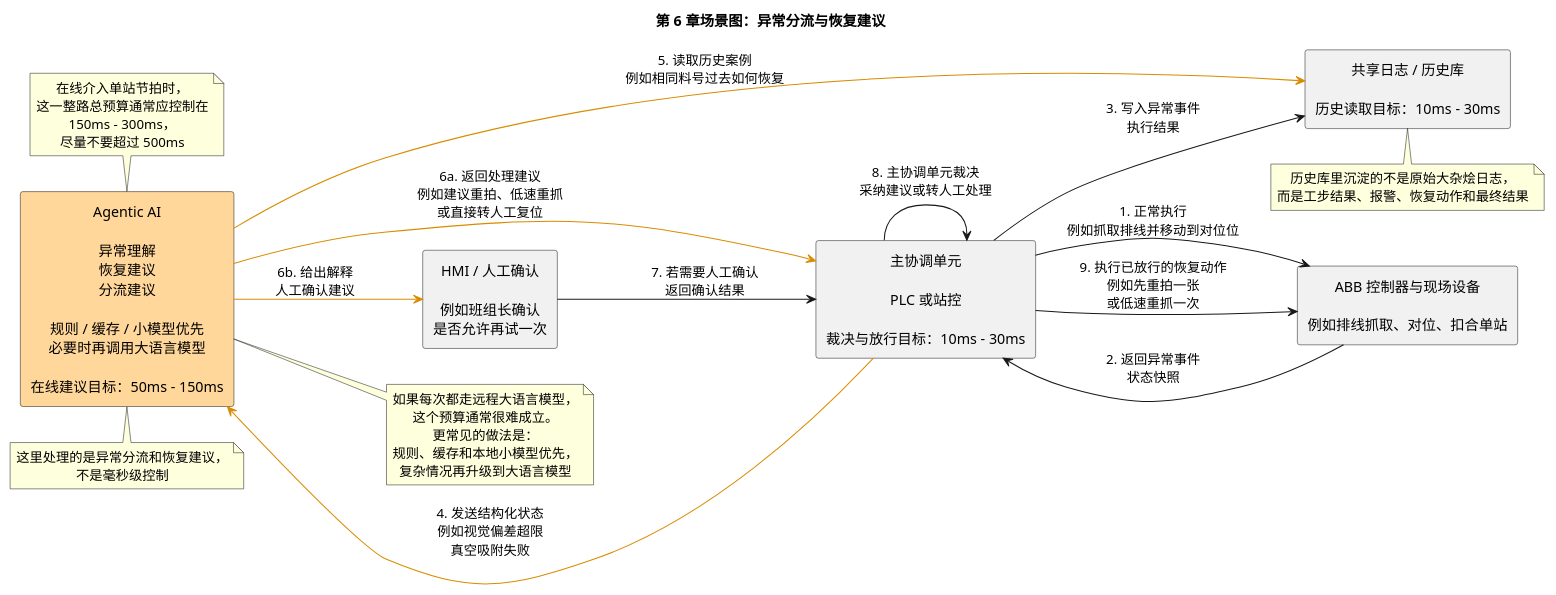
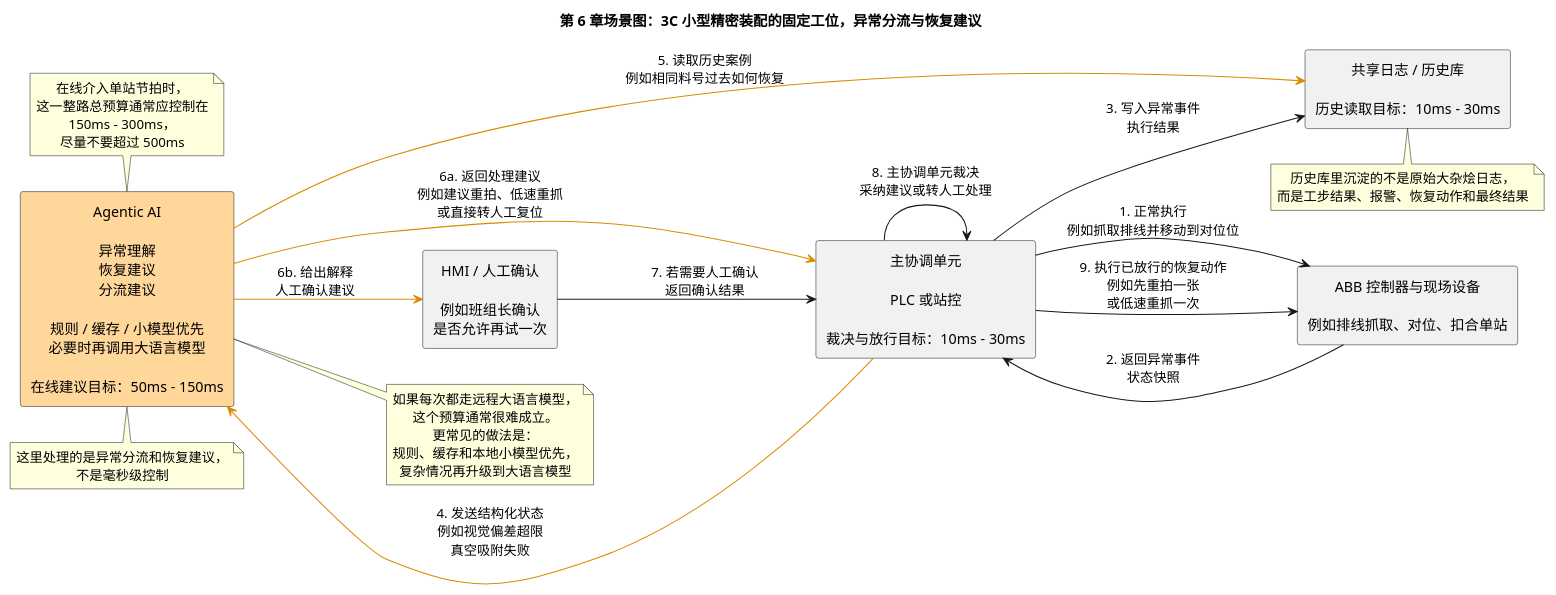
Before and after one commit to coolbeevip/coolbeevip.github.io: the diagram in content/posts/embodied-ai/abb-isaac-agent-flexible-manufacturing-ai-first/diagrams/abb-isaac-agent-flexible-manufacturing-ai-first-06-abnormal-routing.puml, drawn with PlantUML. The commit also changed 4 other files, not shown here.

```diff
--- a/content/posts/embodied-ai/abb-isaac-agent-flexible-manufacturing-ai-first/diagrams/abb-isaac-agent-flexible-manufacturing-ai-first-06-abnormal-routing.puml
+++ b/content/posts/embodied-ai/abb-isaac-agent-flexible-manufacturing-ai-first/diagrams/abb-isaac-agent-flexible-manufacturing-ai-first-06-abnormal-routing.puml
@@ -1,50 +1,50 @@
 @startuml
-title 第 6 章场景图：异常分流与恢复建议
+title 第 6 章场景图：3C 小型精密装配的固定工位，异常分流与恢复建议
 left to right direction
 skinparam shadowing false
 skinparam packageStyle rectangle
 skinparam defaultTextAlignment center
 skinparam wrapWidth 220
 
 rectangle "主协调单元\n\nPLC 或站控\n\n裁决与放行目标：10ms - 30ms" as LOOP
 rectangle "共享日志 / 历史库\n\n历史读取目标：10ms - 30ms" as LOG
 rectangle "Agentic AI\n\n异常理解\n恢复建议\n分流建议\n\n规则 / 缓存 / 小模型优先\n必要时再调用大语言模型\n\n在线建议目标：50ms - 150ms" as APP #FFD79A
 rectangle "HMI / 人工确认\n\n例如班组长确认\n是否允许再试一次" as HMI
 rectangle "ABB 控制器与现场设备\n\n例如排线抓取、对位、扣合单站" as EXEC
 
 LOOP --> EXEC : 1. 正常执行\n例如抓取排线并移动到对位位
 EXEC --> LOOP : 2. 返回异常事件\n状态快照
 LOOP --> LOG : 3. 写入异常事件\n执行结果
 LOOP -[#D98C00]-> APP : 4. 发送结构化状态\n例如视觉偏差超限\n真空吸附失败
 APP -[#D98C00]-> LOG : 5. 读取历史案例\n例如相同料号过去如何恢复
 APP -[#D98C00]-> LOOP : 6a. 返回处理建议\n例如建议重拍、低速重抓\n或直接转人工复位
 APP -[#D98C00]-> HMI : 6b. 给出解释\n人工确认建议
 HMI --> LOOP : 7. 若需要人工确认\n返回确认结果
 LOOP --> LOOP : 8. 主协调单元裁决\n采纳建议或转人工处理
 LOOP --> EXEC : 9. 执行已放行的恢复动作\n例如先重拍一张\n或低速重抓一次
 
 note bottom of APP
 这里处理的是异常分流和恢复建议，
 不是毫秒级控制
 end note
 
 note top of APP
 在线介入单站节拍时，
 这一整路总预算通常应控制在
 150ms - 300ms，
 尽量不要超过 500ms
 end note
 
 note right of APP
 如果每次都走远程大语言模型，
 这个预算通常很难成立。
 更常见的做法是：
 规则、缓存和本地小模型优先，
 复杂情况再升级到大语言模型
 end note
 
 note bottom of LOG
 历史库里沉淀的不是原始大杂烩日志，
 而是工步结果、报警、恢复动作和最终结果
 end note
 @enduml
```
